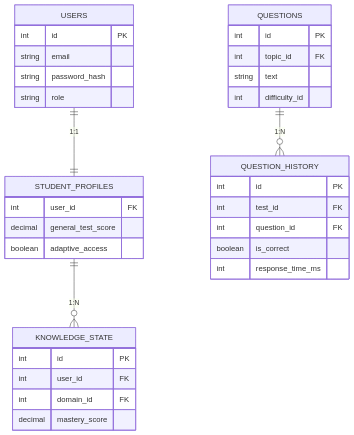
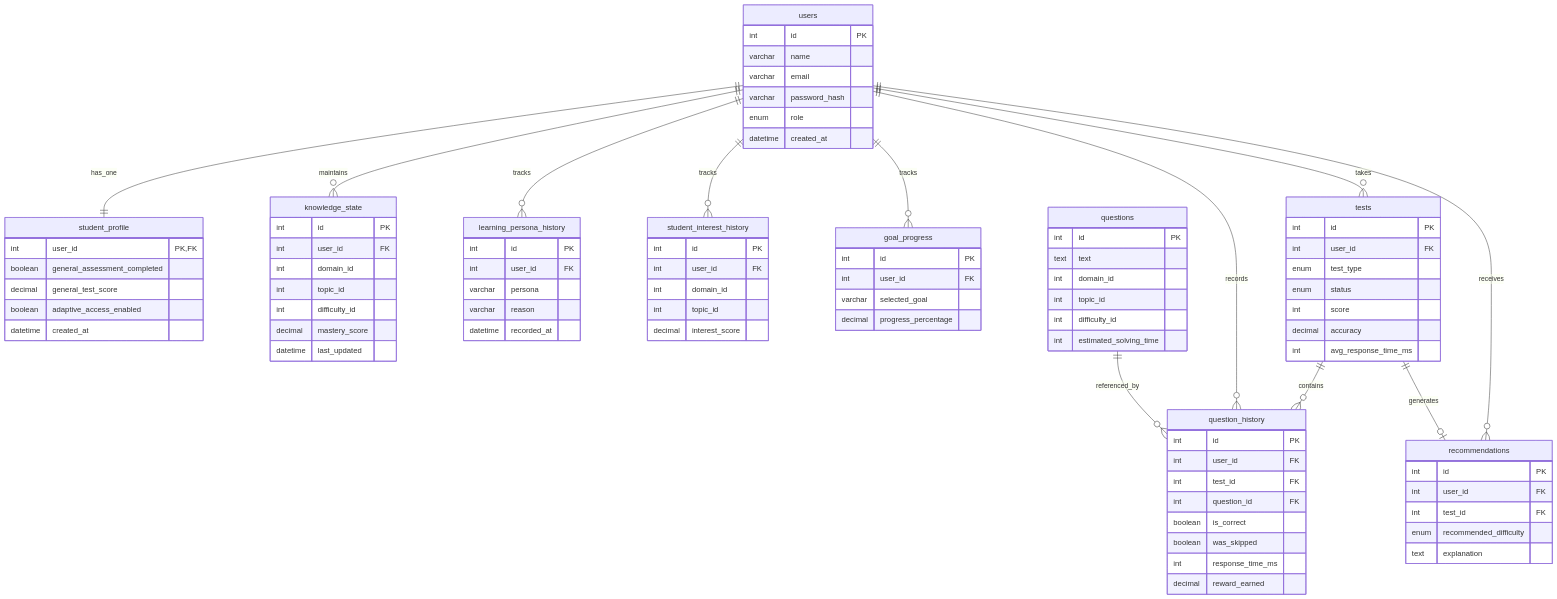
One commit to virendra093/adaptive-learning-platform changed the ninth of 14 diagrams in docs/chapter_8_system_design.md. Above: the diagram before and after it, drawn with Mermaid. The commit also changed other lines of this file and 4 other files, not shown here.

````diff
--- a/docs/chapter_8_system_design.md
+++ b/docs/chapter_8_system_design.md
@@ -371,37 +426,110 @@
 ```mermaid
 erDiagram
-    USERS {
+    %% Core Users
+    users {
         int id PK
-        string email
-        string password_hash
-        string role
+        varchar name
+        varchar email
+        varchar password_hash
+        enum role
+        datetime created_at
     }
-    STUDENT_PROFILES {
-        int user_id FK
+    
+    %% Profiles
+    student_profile {
+        int user_id PK, FK
+        boolean general_assessment_completed
         decimal general_test_score
-        boolean adaptive_access
+        boolean adaptive_access_enabled
+        datetime created_at
     }
-    KNOWLEDGE_STATE {
+
+    %% Knowledge Tracking
+    knowledge_state {
         int id PK
         int user_id FK
-        int domain_id FK
+        int domain_id
+        int topic_id
+        int difficulty_id
         decimal mastery_score
+        datetime last_updated
     }
-    QUESTIONS {
+    
+    %% Analytics Histories
+    learning_persona_history {
         int id PK
-        int topic_id FK
-        string text
-        int difficulty_id
+        int user_id FK
+        varchar persona
+        varchar reason
+        datetime recorded_at
     }
-    QUESTION_HISTORY {
+    
+    student_interest_history {
         int id PK
+        int user_id FK
+        int domain_id
+        int topic_id
+        decimal interest_score
+    }
+    
+    goal_progress {
+        int id PK
+        int user_id FK
+        varchar selected_goal
+        decimal progress_percentage
+    }
+
+    %% Testing
+    tests {
+        int id PK
+        int user_id FK
+        enum test_type
+        enum status
+        int score
+        decimal accuracy
+        int avg_response_time_ms
+    }
+
+    question_history {
+        int id PK
+        int user_id FK
         int test_id FK
         int question_id FK
         boolean is_correct
+        boolean was_skipped
         int response_time_ms
+        decimal reward_earned
+    }
+    
+    questions {
+        int id PK
+        text text
+        int domain_id
+        int topic_id
+        int difficulty_id
+        int estimated_solving_time
     }
 
-    USERS ||--|| STUDENT_PROFILES : "1:1"
-    STUDENT_PROFILES ||--o{ KNOWLEDGE_STATE : "1:N"
-    QUESTIONS ||--o{ QUESTION_HISTORY : "1:N"
+    recommendations {
+        int id PK
+        int user_id FK
+        int test_id FK
+        enum recommended_difficulty
+        text explanation
+    }
+
+    %% Relationships
+    users ||--|| student_profile : "has_one"
+    users ||--o{ knowledge_state : "maintains"
+    users ||--o{ learning_persona_history : "tracks"
+    users ||--o{ student_interest_history : "tracks"
+    users ||--o{ goal_progress : "tracks"
+    
+    users ||--o{ tests : "takes"
+    tests ||--o{ question_history : "contains"
+    users ||--o{ question_history : "records"
+    questions ||--o{ question_history : "referenced_by"
+    
+    users ||--o{ recommendations : "receives"
+    tests ||--o| recommendations : "generates"
 ```
````
